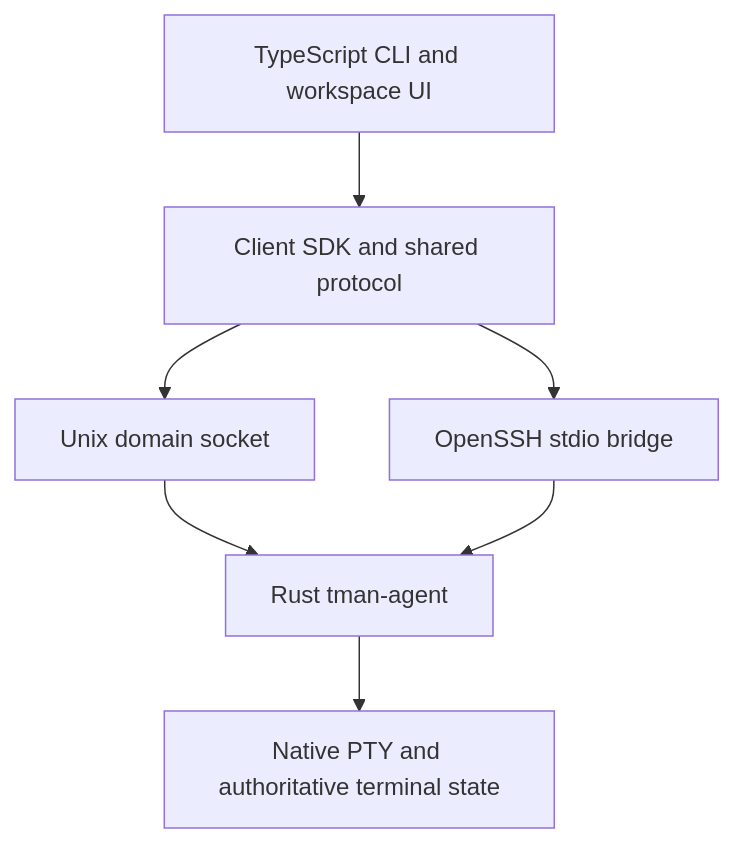
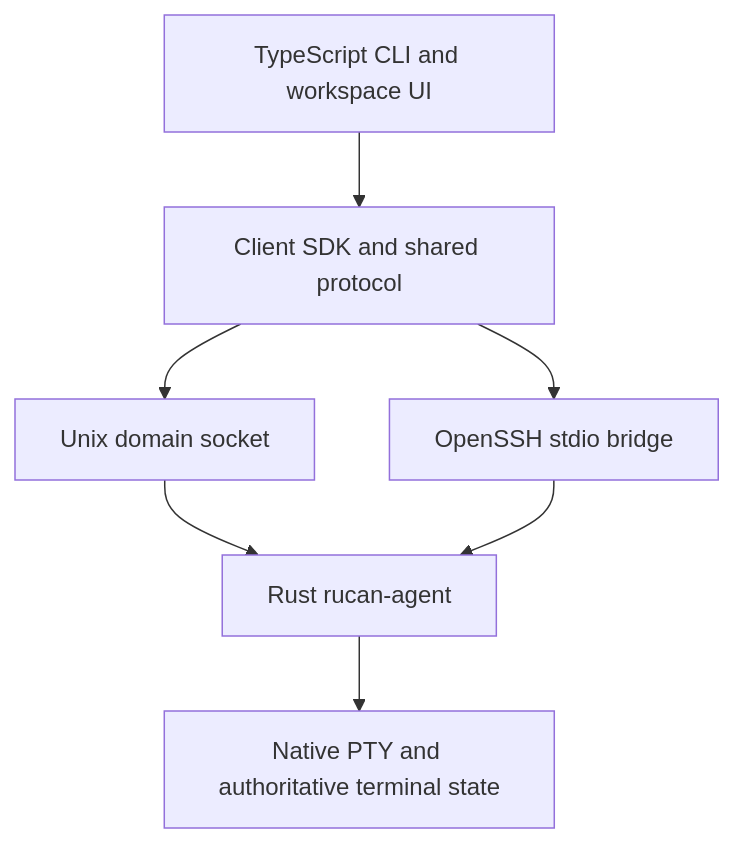
One commit to codevilot/rucan changed the diagram in docs/architecture.md. Above: the diagram before and after it, drawn with Mermaid. The commit also changed 61 other files, not shown here.

````diff
--- a/docs/architecture.md
+++ b/docs/architecture.md
@@ -3,9 +3,9 @@
 ```mermaid
 flowchart TD
   UI[TypeScript CLI and workspace UI] --> SDK[Client SDK and shared protocol]
   SDK --> Local[Unix domain socket]
   SDK --> SSH[OpenSSH stdio bridge]
-  Local --> Agent[Rust tman-agent]
+  Local --> Agent[Rust rucan-agent]
   SSH --> Agent
   Agent --> PTY[Native PTY and authoritative terminal state]
 ```
````
